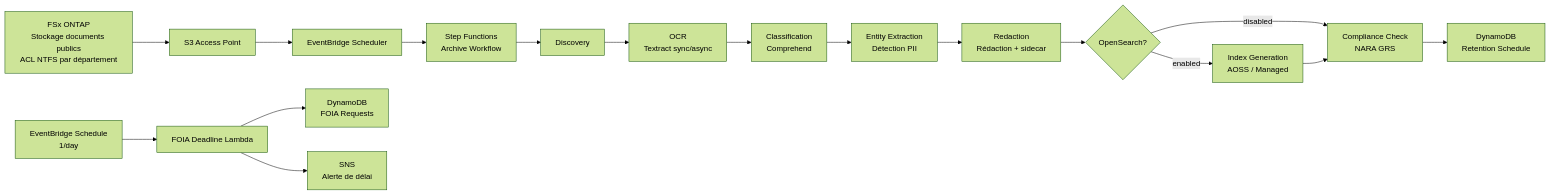
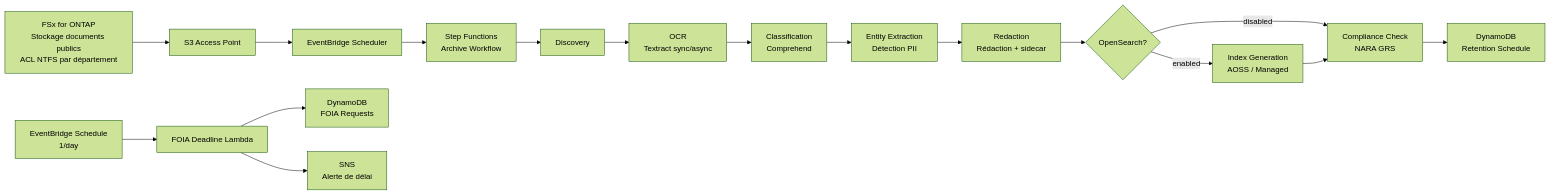
The diagram in government-archives/docs/architecture.fr.md (Yoshiki0705/FSx-for-ONTAP-S3AccessPoints-Serverless-Patterns), drawn with Mermaid (forest theme) before and after one commit. The commit also changed other lines of this file and 752 other files, not shown here.

````diff
--- a/government-archives/docs/architecture.fr.md
+++ b/government-archives/docs/architecture.fr.md
@@ -13,20 +13,20 @@
 ```mermaid
 graph LR
-    FSx[FSx ONTAP<br/>Stockage documents publics<br/>ACL NTFS par département] --> S3AP[S3 Access Point]
+    FSx[FSx for ONTAP<br/>Stockage documents publics<br/>ACL NTFS par département] --> S3AP[S3 Access Point]
     S3AP --> EB[EventBridge Scheduler]
     EB --> SFN[Step Functions<br/>Archive Workflow]
     SFN --> L1[Discovery]
     L1 --> L2[OCR<br/>Textract sync/async]
     L2 --> L3[Classification<br/>Comprehend]
     L3 --> L4[Entity Extraction<br/>Détection PII]
     L4 --> L5[Redaction<br/>Rédaction + sidecar]
     L5 --> C{OpenSearch?}
     C -->|enabled| L6[Index Generation<br/>AOSS / Managed]
     C -->|disabled| L7
     L6 --> L7[Compliance Check<br/>NARA GRS]
     L7 --> DDB[DynamoDB<br/>Retention Schedule]
 
     FD[EventBridge Schedule<br/>1/day] --> FL[FOIA Deadline Lambda]
     FL --> FDB[DynamoDB<br/>FOIA Requests]
     FL --> SNS[SNS<br/>Alerte de délai]
 ```
````
